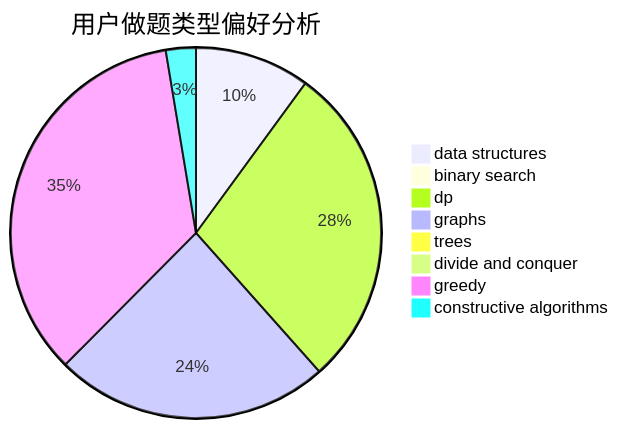
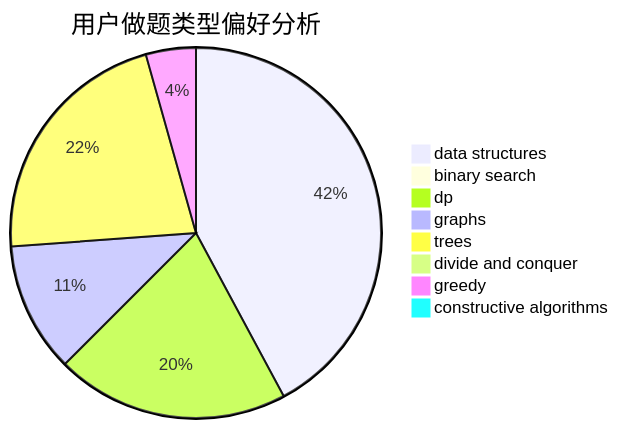
Before and after one commit to sherpahu/cfrs.github.io: the second of 3 diagrams in docs/user/u545.md, drawn with Mermaid. The commit also changed other lines of this file and 2770 other files, not shown here.

````diff
--- a/docs/user/u545.md
+++ b/docs/user/u545.md
@@ -23,11 +23,11 @@
 ```mermaid
 pie title 用户做题类型偏好分析
-    "data structures" :  23
-    "binary search" :  2
-    "dp" :  65
-    "graphs" :  55
-    "trees" :  0
-    "divide and conquer" :  0
-    "greedy" :  80
-    "constructive algorithms" :  6
+    "data structures" :  145
+    "binary search" :  3
+    "dp" :  70
+    "graphs" :  39
+    "trees" :  75
+    "divide and conquer" :  1
+    "greedy" :  15
+    "constructive algorithms" :  0
 ```
````
